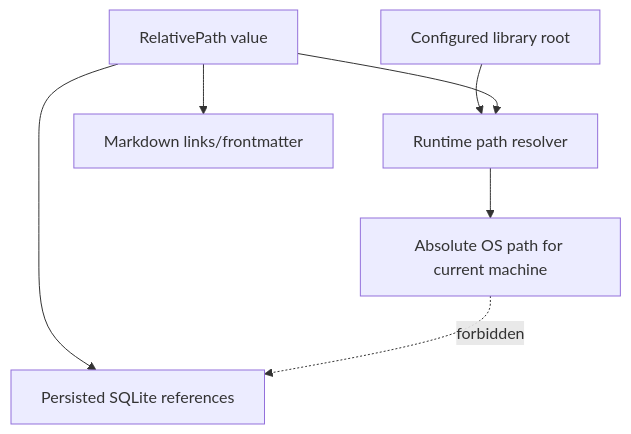
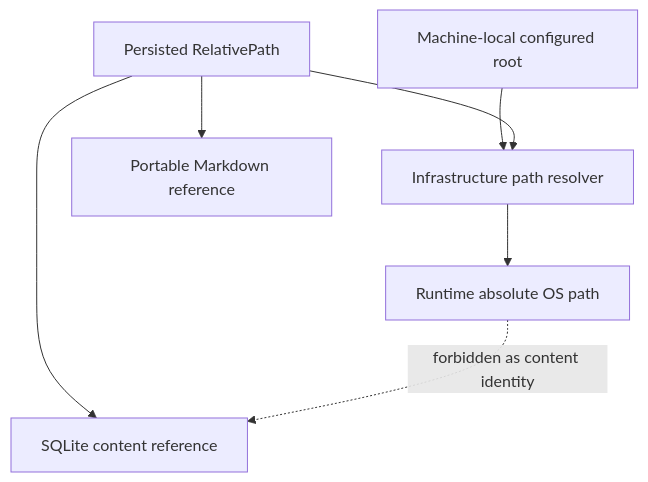
Before and after one commit to vuthanhdat/book-library: the diagram in docs/adr/ADR-003-relative-path.md, drawn with Mermaid. The commit also changed other lines of this file, not shown here.

Commit message:
docs: standardize relative path decision record

````diff
--- a/docs/adr/ADR-003-relative-path.md
+++ b/docs/adr/ADR-003-relative-path.md
@@ -42,9 +71,9 @@
 ```mermaid
 flowchart TD
-    UserRoot["Configured library root"] --> Resolver["Runtime path resolver"]
-    Relative["RelativePath value"] --> Resolver
-    Resolver --> Absolute["Absolute OS path for current machine"]
-    Relative --> SQLite["Persisted SQLite references"]
-    Relative --> Markdown["Markdown links/frontmatter"]
-    Absolute -. forbidden .-> SQLite
+    Root["Machine-local configured root"] --> Resolver["Infrastructure path resolver"]
+    Relative["Persisted RelativePath"] --> Resolver
+    Resolver --> Absolute["Runtime absolute OS path"]
+    Relative --> SQLite["SQLite content reference"]
+    Relative --> Markdown["Portable Markdown reference"]
+    Absolute -. forbidden as content identity .-> SQLite
 ```
````
